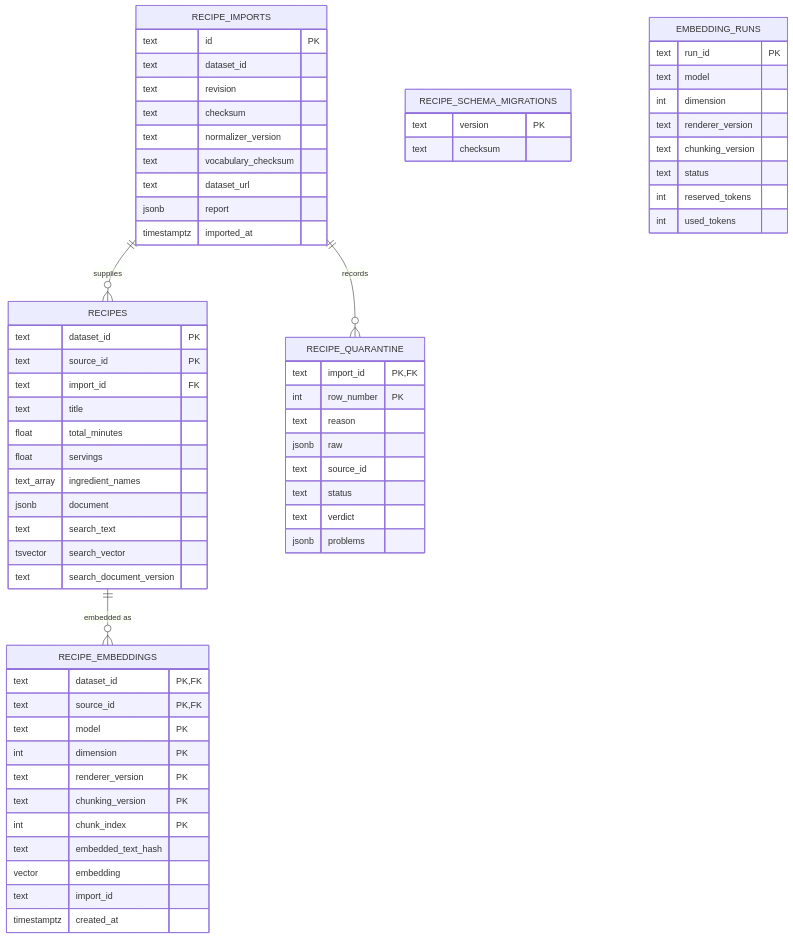
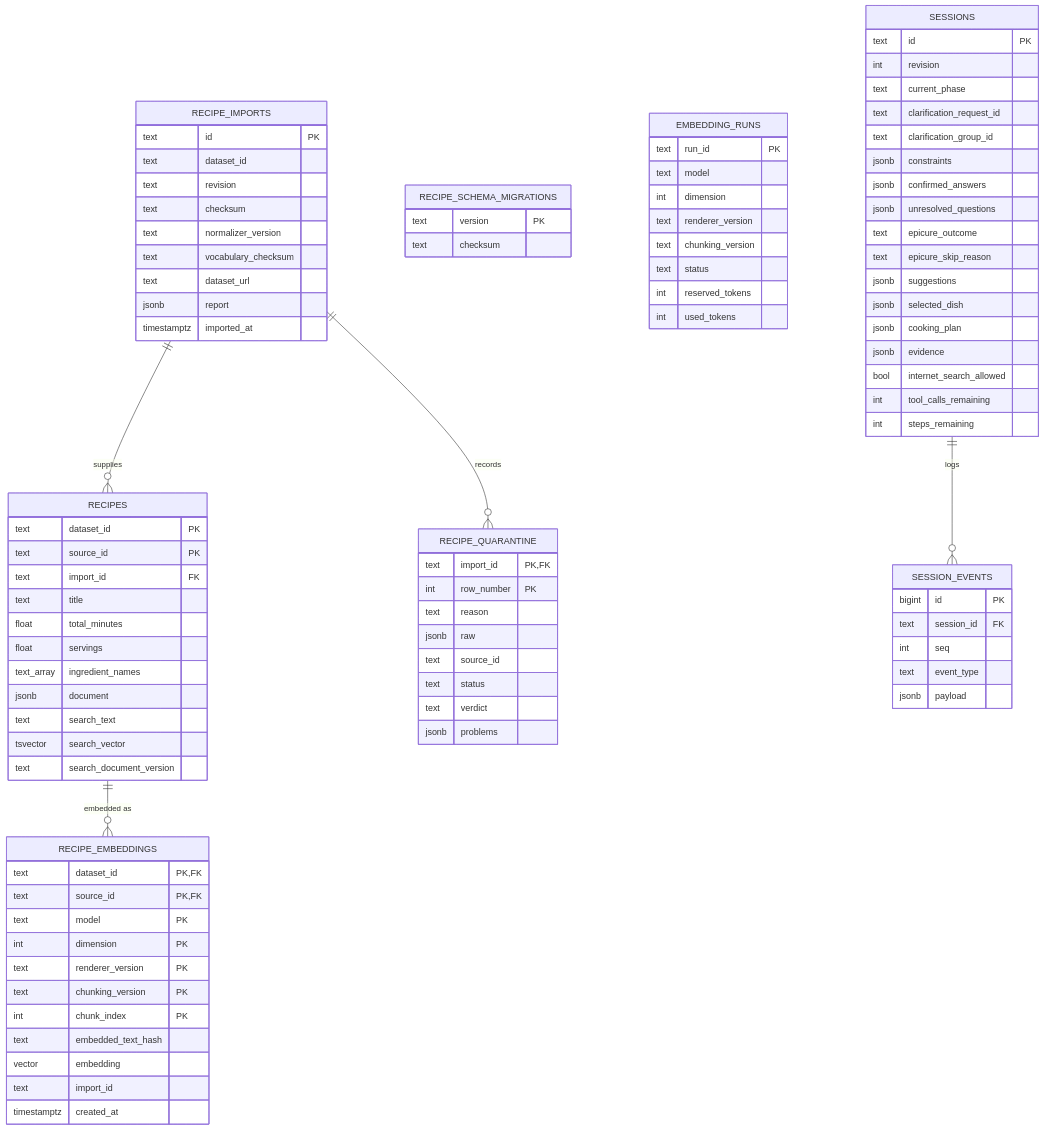
Before and after one commit to fssonca/culinary-copilot: the first of 2 diagrams in docs/architecture/data-and-ingestion.md, drawn with Mermaid. The commit also changed other lines of this file and 18 other files, not shown here.

First line of the commit message:
Add Milestone 3 plan and Phase 1 agent sessions (migration 005)

````diff
--- a/docs/architecture/data-and-ingestion.md
+++ b/docs/architecture/data-and-ingestion.md
@@ -75,4 +75,31 @@
         int reserved_tokens
         int used_tokens
     }
+    SESSIONS {
+        text id PK
+        int revision
+        text current_phase
+        text clarification_request_id
+        text clarification_group_id
+        jsonb constraints
+        jsonb confirmed_answers
+        jsonb unresolved_questions
+        text epicure_outcome
+        text epicure_skip_reason
+        jsonb suggestions
+        jsonb selected_dish
+        jsonb cooking_plan
+        jsonb evidence
+        bool internet_search_allowed
+        int tool_calls_remaining
+        int steps_remaining
+    }
+    SESSION_EVENTS {
+        bigint id PK
+        text session_id FK
+        int seq
+        text event_type
+        jsonb payload
+    }
+    SESSIONS ||--o{ SESSION_EVENTS : logs
 ```
````
